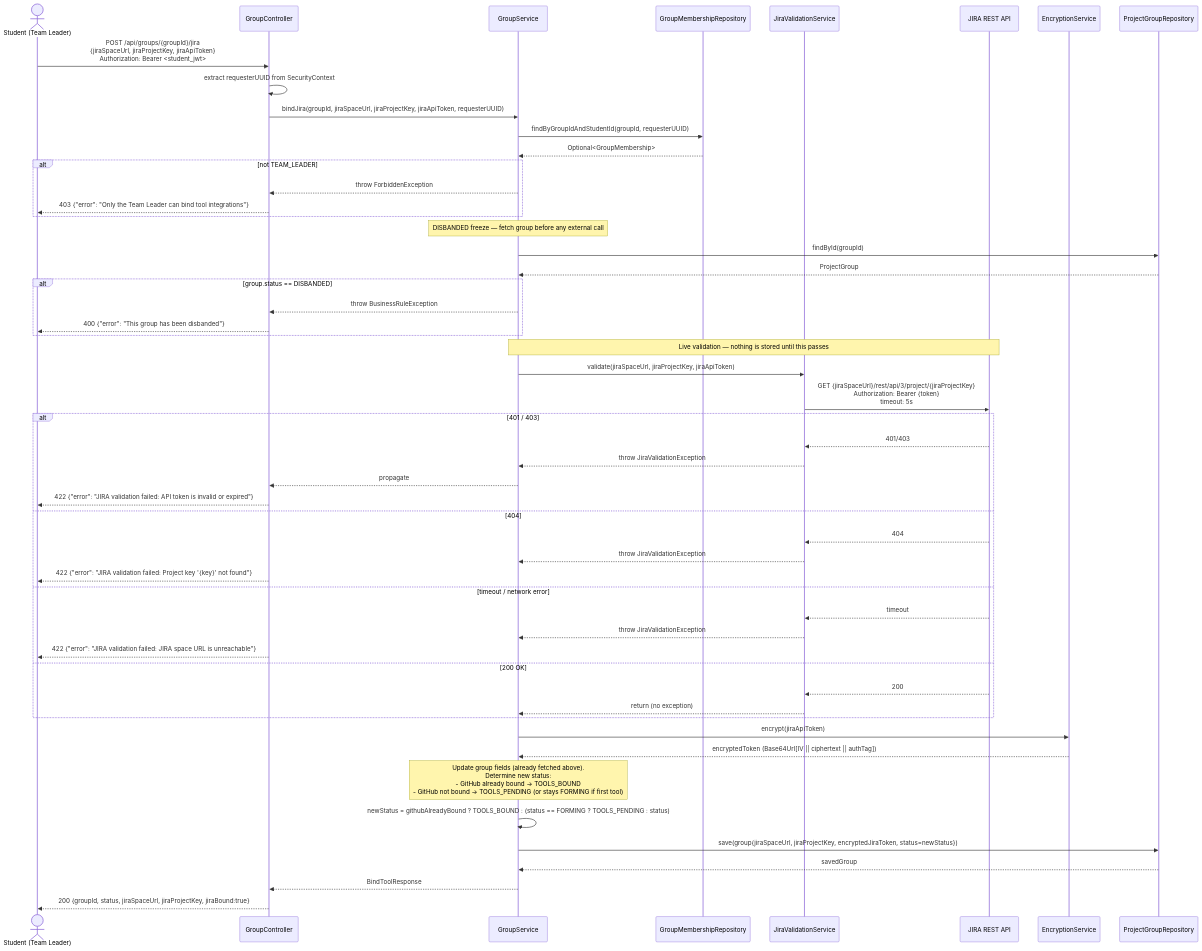
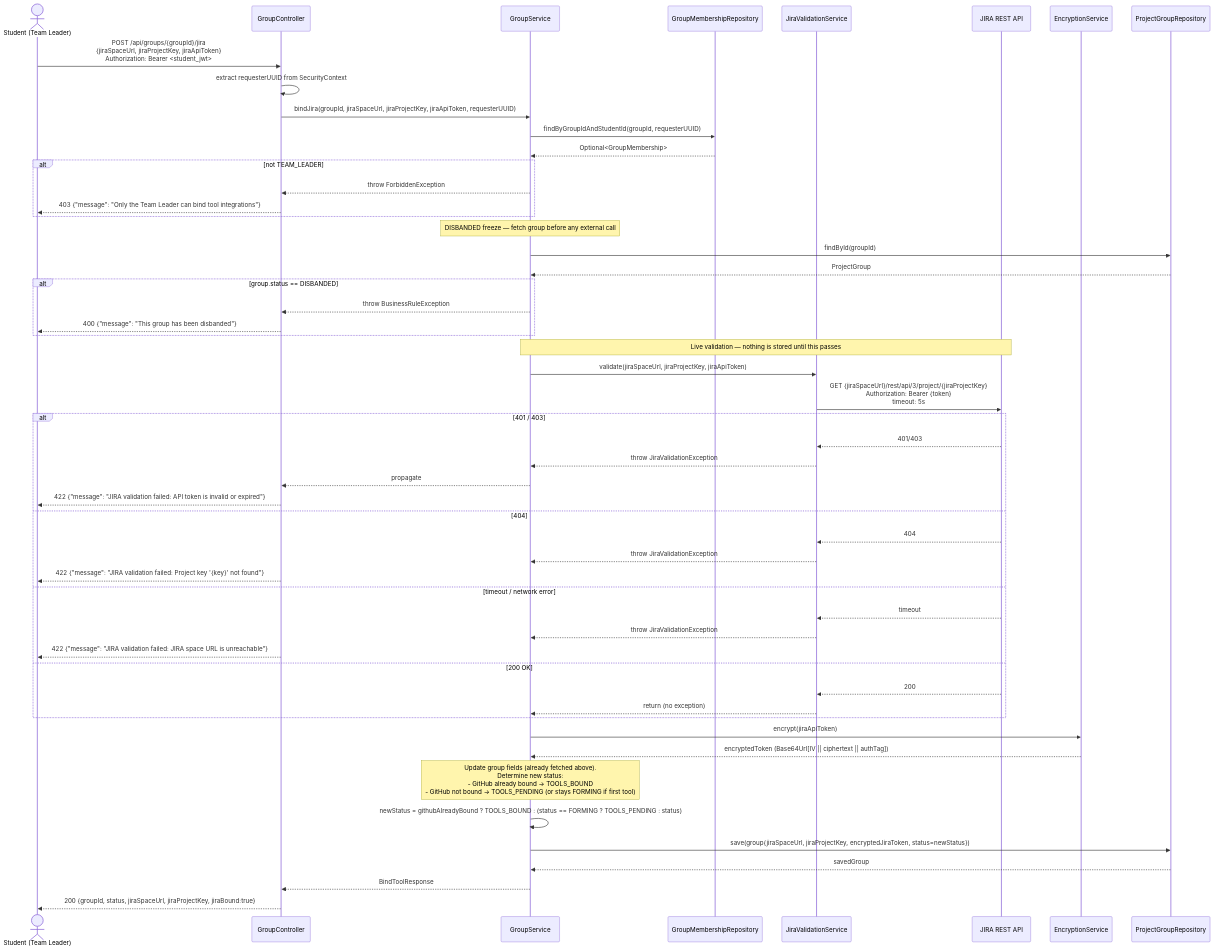
Before and after one commit to SE3318-Spring-2025-2026/senior-app-6: the first of 2 diagrams in docs/process2/sequences/2.4_2.5_bind_tools_p2.md, drawn with Mermaid. The commit also changed other lines of this file and 27 other files, not shown here.

````diff
--- a/docs/process2/sequences/2.4_2.5_bind_tools_p2.md
+++ b/docs/process2/sequences/2.4_2.5_bind_tools_p2.md
@@ -13,67 +13,67 @@
 ```mermaid
 sequenceDiagram
     actor Student as Student (Team Leader)
     participant GroupController
     participant GroupService
     participant GroupMembershipRepository
     participant JiraValidationService
     participant JiraAPI as JIRA REST API
     participant EncryptionService
     participant ProjectGroupRepository
 
     Student->>GroupController: POST /api/groups/{groupId}/jira<br/>{jiraSpaceUrl, jiraProjectKey, jiraApiToken}<br/>Authorization: Bearer <student_jwt>
 
     GroupController->>GroupController: extract requesterUUID from SecurityContext
     GroupController->>GroupService: bindJira(groupId, jiraSpaceUrl, jiraProjectKey, jiraApiToken, requesterUUID)
 
     GroupService->>GroupMembershipRepository: findByGroupIdAndStudentId(groupId, requesterUUID)
     GroupMembershipRepository-->>GroupService: Optional<GroupMembership>
 
     alt not TEAM_LEADER
         GroupService-->>GroupController: throw ForbiddenException
-        GroupController-->>Student: 403 {"error": "Only the Team Leader can bind tool integrations"}
+        GroupController-->>Student: 403 {"message": "Only the Team Leader can bind tool integrations"}
     end
 
     Note over GroupService: DISBANDED freeze — fetch group before any external call
     GroupService->>ProjectGroupRepository: findById(groupId)
     ProjectGroupRepository-->>GroupService: ProjectGroup
 
     alt group.status == DISBANDED
         GroupService-->>GroupController: throw BusinessRuleException
-        GroupController-->>Student: 400 {"error": "This group has been disbanded"}
+        GroupController-->>Student: 400 {"message": "This group has been disbanded"}
     end
 
     Note over GroupService,JiraAPI: Live validation — nothing is stored until this passes
     GroupService->>JiraValidationService: validate(jiraSpaceUrl, jiraProjectKey, jiraApiToken)
     JiraValidationService->>JiraAPI: GET {jiraSpaceUrl}/rest/api/3/project/{jiraProjectKey}<br/>Authorization: Bearer {token}<br/>timeout: 5s
 
     alt 401 / 403
         JiraAPI-->>JiraValidationService: 401/403
         JiraValidationService-->>GroupService: throw JiraValidationException
         GroupService-->>GroupController: propagate
-        GroupController-->>Student: 422 {"error": "JIRA validation failed: API token is invalid or expired"}
+        GroupController-->>Student: 422 {"message": "JIRA validation failed: API token is invalid or expired"}
     else 404
         JiraAPI-->>JiraValidationService: 404
         JiraValidationService-->>GroupService: throw JiraValidationException
-        GroupController-->>Student: 422 {"error": "JIRA validation failed: Project key '{key}' not found"}
+        GroupController-->>Student: 422 {"message": "JIRA validation failed: Project key '{key}' not found"}
     else timeout / network error
         JiraAPI-->>JiraValidationService: timeout
         JiraValidationService-->>GroupService: throw JiraValidationException
-        GroupController-->>Student: 422 {"error": "JIRA validation failed: JIRA space URL is unreachable"}
+        GroupController-->>Student: 422 {"message": "JIRA validation failed: JIRA space URL is unreachable"}
     else 200 OK
         JiraAPI-->>JiraValidationService: 200
         JiraValidationService-->>GroupService: return (no exception)
     end
 
     GroupService->>EncryptionService: encrypt(jiraApiToken)
     EncryptionService-->>GroupService: encryptedToken (Base64Url[IV || ciphertext || authTag])
 
     Note over GroupService: Update group fields (already fetched above).<br/>Determine new status:<br/>- GitHub already bound → TOOLS_BOUND<br/>- GitHub not bound → TOOLS_PENDING (or stays FORMING if first tool)
     GroupService->>GroupService: newStatus = githubAlreadyBound ? TOOLS_BOUND : (status == FORMING ? TOOLS_PENDING : status)
 
     GroupService->>ProjectGroupRepository: save(group{jiraSpaceUrl, jiraProjectKey, encryptedJiraToken, status=newStatus})
     ProjectGroupRepository-->>GroupService: savedGroup
 
     GroupService-->>GroupController: BindToolResponse
     GroupController-->>Student: 200 {groupId, status, jiraSpaceUrl, jiraProjectKey, jiraBound:true}
 ```
````
